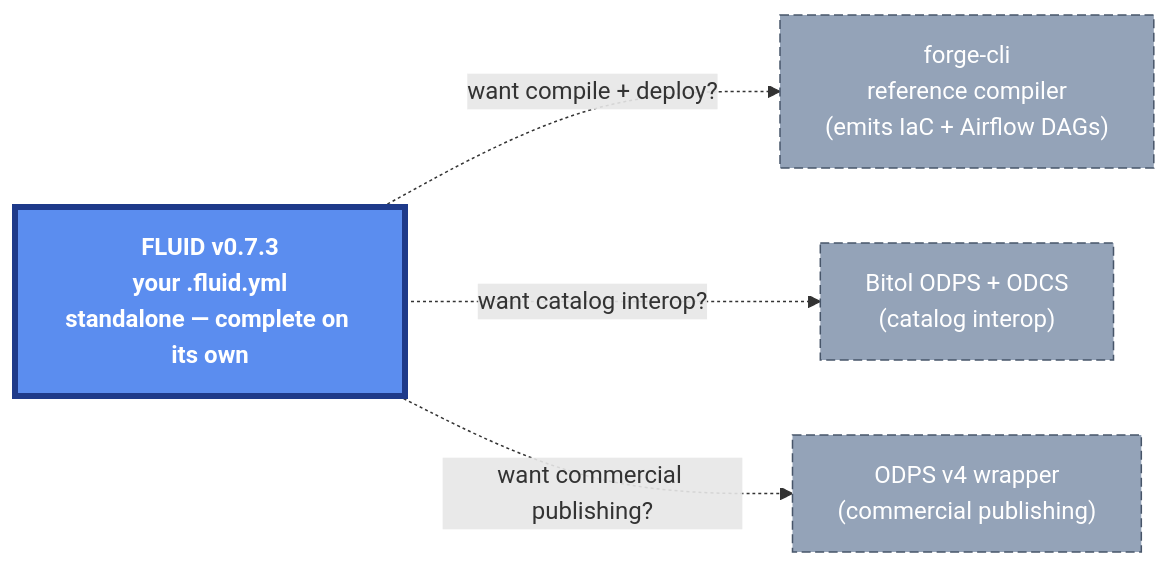
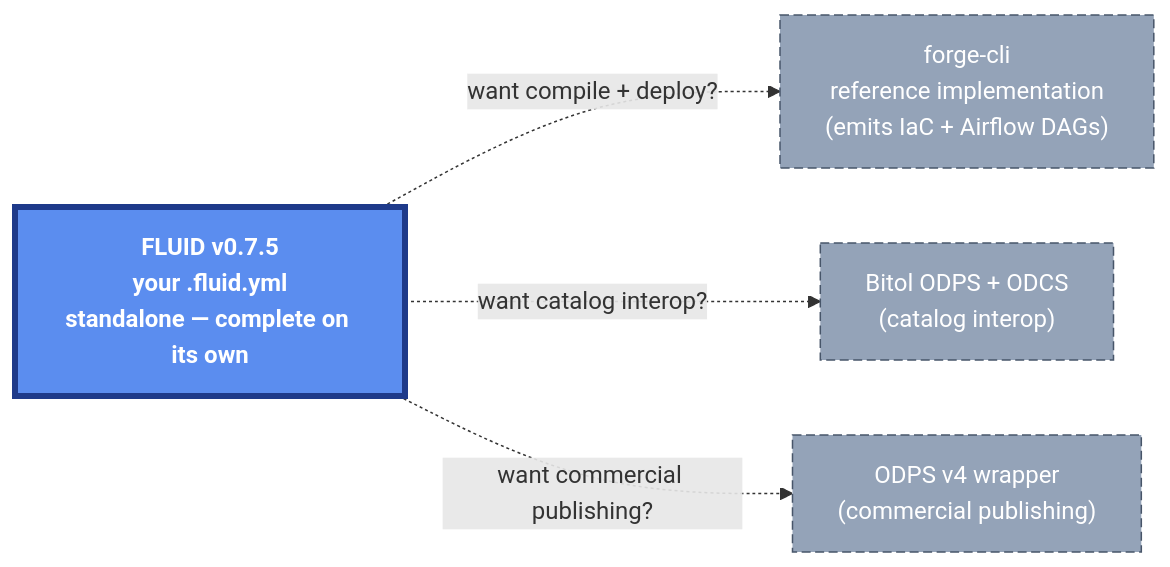
The diagram in docs/concepts/comparisons.md (open-data-protocol/fluid), drawn with Mermaid before and after one commit. The commit also changed other lines of this file and 33 other files, not shown here.

````diff
--- a/docs/concepts/comparisons.md
+++ b/docs/concepts/comparisons.md
@@ -32,20 +32,20 @@
 ```mermaid
 flowchart LR
     classDef core fill:#5B8DEF,color:#fff,stroke:#1E3A8A,stroke-width:4px,font-weight:bold
     classDef opt  fill:#94A3B8,color:#fff,stroke:#475569,stroke-width:1px,stroke-dasharray:6 3
 
-    F["FLUID v0.7.3<br/>your .fluid.yml<br/>standalone — complete on its own"]:::core
+    F["FLUID v0.7.5<br/>your .fluid.yml<br/>standalone — complete on its own"]:::core
 
-    FC["forge-cli<br/>reference compiler<br/>(emits IaC + Airflow DAGs)"]:::opt
+    FC["forge-cli<br/>reference implementation<br/>(emits IaC + Airflow DAGs)"]:::opt
     BIT["Bitol ODPS + ODCS<br/>(catalog interop)"]:::opt
     V4["ODPS v4 wrapper<br/>(commercial publishing)"]:::opt
 
     F -.->|"want compile + deploy?"| FC
     F -.->|"want catalog interop?"| BIT
     F -.->|"want commercial publishing?"| V4
 
     click F "https://github.com/open-data-protocol/fluid"
     click FC "https://github.com/Agenticstiger/forge-cli"
     click BIT "https://github.com/bitol-io"
     click V4 "https://github.com/Open-Data-Product-Initiative/v4.0"
 ```
````
